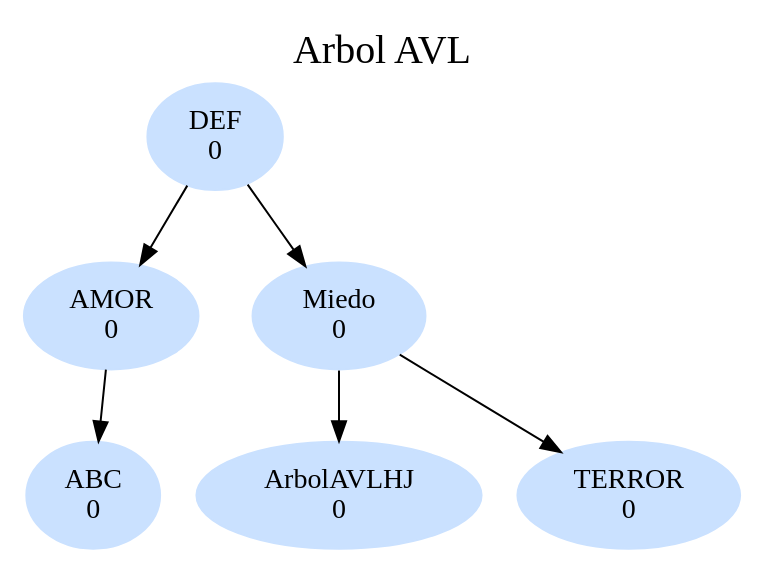
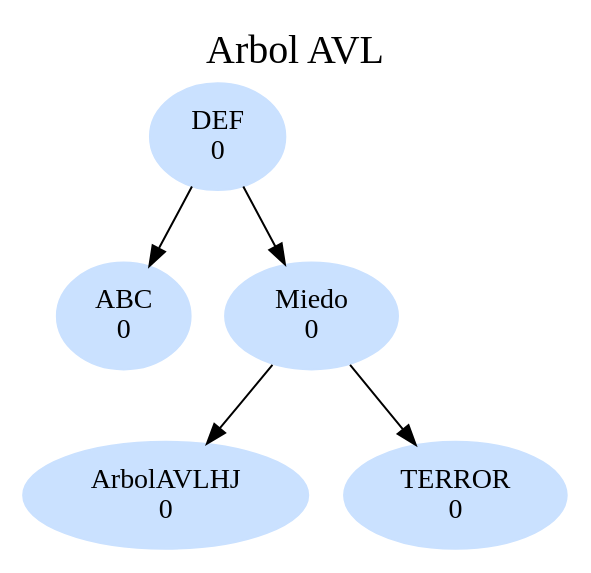
One commit to JoseMorente98/EDD-Proyecto-2 changed the diagram in Proyecto No 2/ArbolAVL.dot. Above: the diagram before and after it, drawn with Graphviz. The commit also changed 30 other files, not shown here.

```diff
--- a/Proyecto No 2/ArbolAVL.dot
+++ b/Proyecto No 2/ArbolAVL.dot
@@ -1,16 +1,14 @@
 digraph ArbolAVL {
 	rankdir = TB; 
 	node[shape = ellipse, fontcolor = black, style = filled, color = lightsteelblue1];
 	graph[label = "Arbol AVL", labelloc = t, fontsize = 20];
 	Object5 [ label="\DEF\n0"];
-	Object2 [ label="\AMOR\n0"];
 	Object4 [ label="\ABC\n0"];
-Object2->Object4
-Object5->Object2
+Object5->Object4
 	Object1 [ label="\Miedo\n0"];
 	Object6 [ label="\GHJ\n0"];
 Object1->Object6
 	Object3 [ label="\TERROR\n0"];
 Object1->Object3
 Object5->Object1
 }
```
